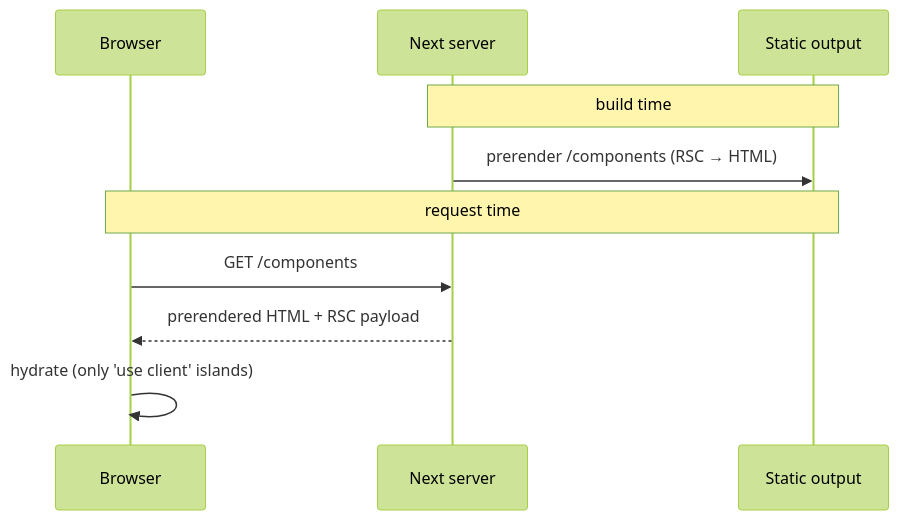
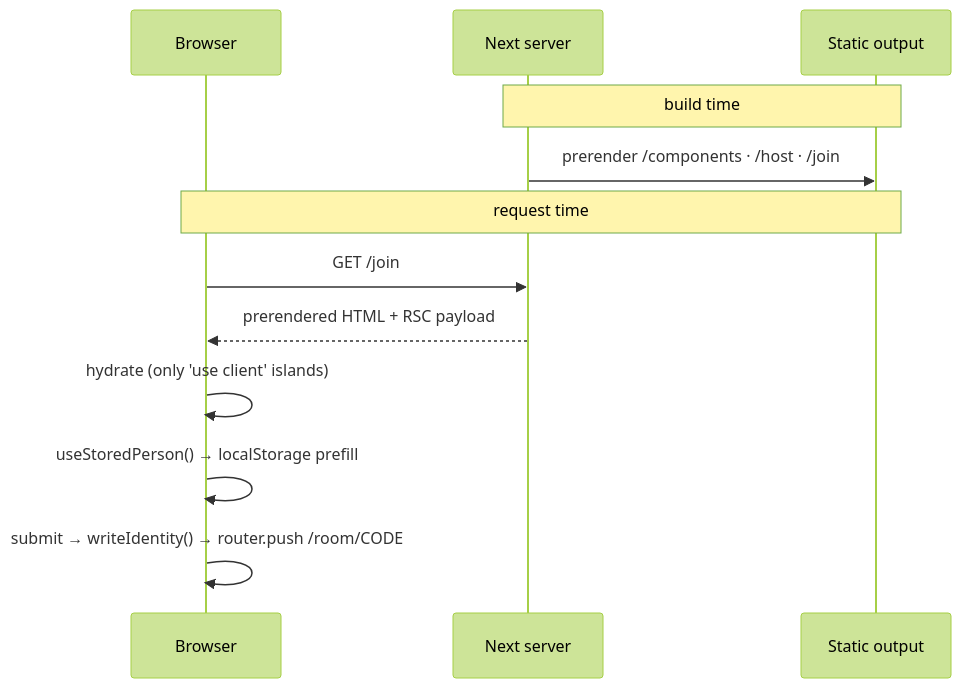
Before and after one commit to Jmeza081/captionist: the eighth of 11 diagrams in docs/architecture.md, drawn with Mermaid (forest theme). The commit also changed other lines of this file and 3 other files, not shown here.

````diff
--- a/docs/architecture.md
+++ b/docs/architecture.md
@@ -496,14 +1335,16 @@
 ```mermaid
 sequenceDiagram
   participant B as Browser
   participant N as Next server
   participant S as Static output
 
   Note over N,S: build time
-  N->>S: prerender /components (RSC → HTML)
+  N->>S: prerender /components · /host · /join
 
   Note over B,S: request time
-  B->>N: GET /components
+  B->>N: GET /join
   N-->>B: prerendered HTML + RSC payload
   B->>B: hydrate (only 'use client' islands)
+  B->>B: useStoredPerson() → localStorage prefill
+  B->>B: submit → writeIdentity() → router.push /room/CODE
 ```
````
